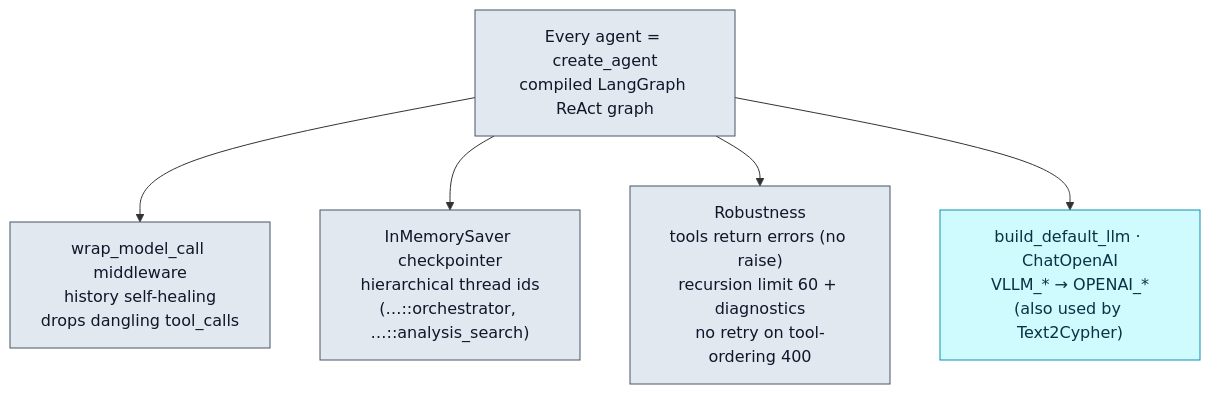
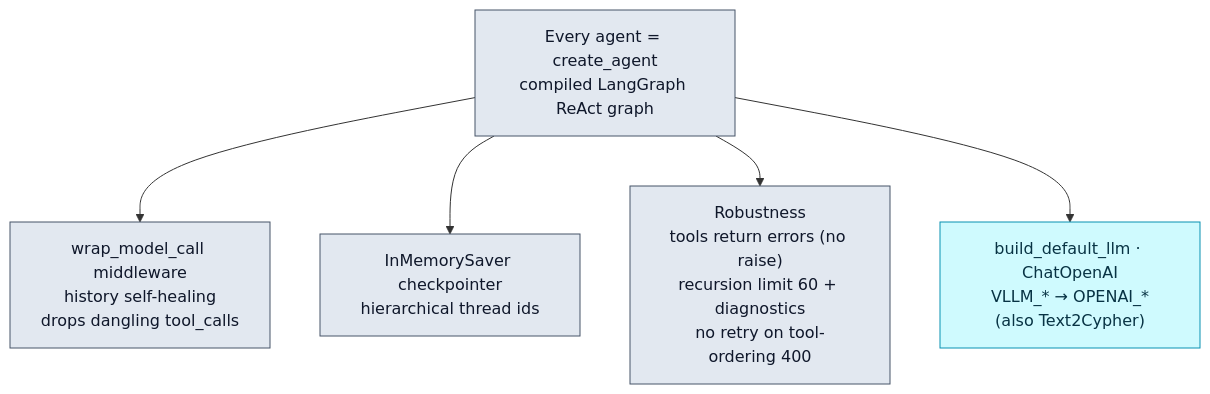
Before and after one commit to I-GUIDE/I-GUIDE_AI: the fifth of 7 diagrams in agent_runtime/agent_architecture.md, drawn with Mermaid. The commit also changed other lines of this file and 16 other files, not shown here.

````diff
--- a/agent_runtime/agent_architecture.md
+++ b/agent_runtime/agent_architecture.md
@@ -109,11 +125,11 @@
 ```mermaid
 flowchart TB
     classDef infra fill:#e2e8f0,stroke:#475569,color:#0f172a;
     classDef llm fill:#cffafe,stroke:#0891b2,color:#083344;
 
     AG["Every agent = create_agent<br/>compiled LangGraph ReAct graph"]:::infra
     AG --> MW["wrap_model_call middleware<br/>history self-healing<br/>drops dangling tool_calls"]:::infra
-    AG --> CP["InMemorySaver checkpointer<br/>hierarchical thread ids<br/>(…::orchestrator, …::analysis_search)"]:::infra
+    AG --> CP["InMemorySaver checkpointer<br/>hierarchical thread ids"]:::infra
     AG --> RB["Robustness<br/>tools return errors (no raise)<br/>recursion limit 60 + diagnostics<br/>no retry on tool-ordering 400"]:::infra
-    AG --> LLM["build_default_llm · ChatOpenAI<br/>VLLM_* → OPENAI_*<br/>(also used by Text2Cypher)"]:::llm
+    AG --> LLM["build_default_llm · ChatOpenAI<br/>VLLM_* → OPENAI_*<br/>(also Text2Cypher)"]:::llm
 ```
````
